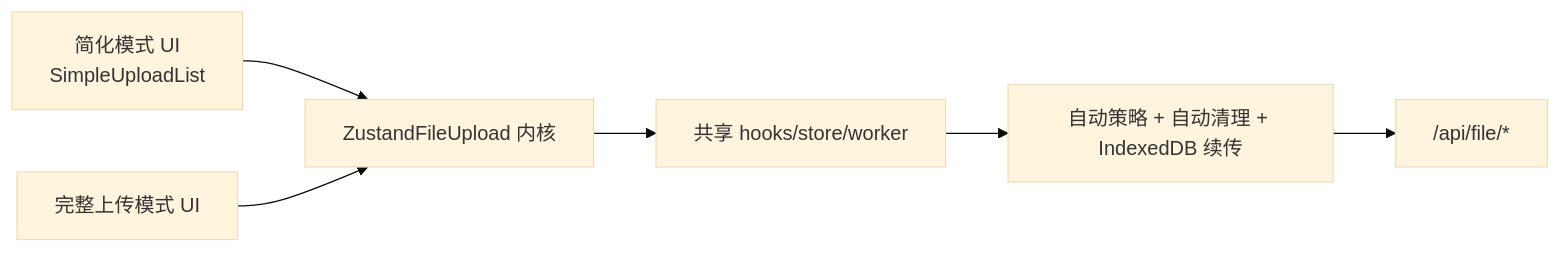
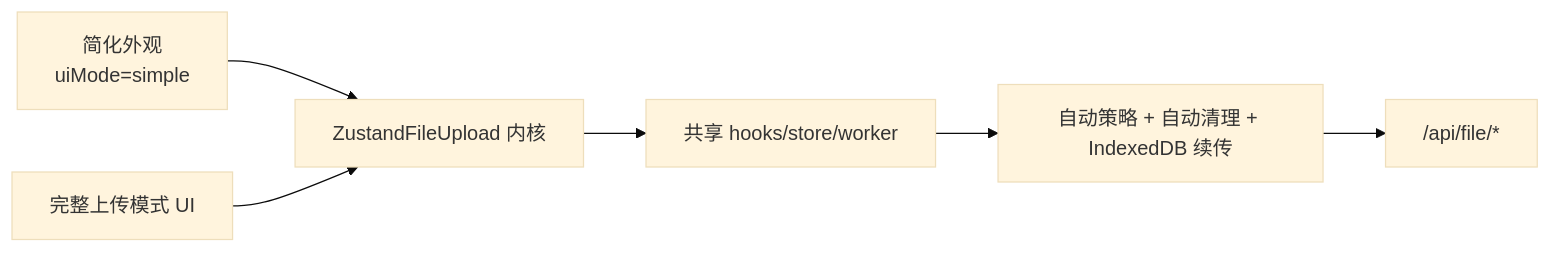
One commit to frankvane/react-upload-indexeddb changed the fifth of 7 diagrams in docs/architecture.md. Above: the diagram before and after it, drawn with Mermaid (base theme). The commit also changed other lines of this file and 15 other files, not shown here.

First line of the commit message:
feat!: 移除 SimpleUploadList / SimpleDownloadList 与 /simple 子路径

````diff
--- a/docs/architecture.md
+++ b/docs/architecture.md
@@ -219,8 +219,8 @@
 ```mermaid
 flowchart LR
-  Simple["简化模式 UI<br/>SimpleUploadList"] --> UploadCore["ZustandFileUpload 内核"]
+  Simple["简化外观<br/>uiMode=simple"] --> UploadCore["ZustandFileUpload 内核"]
   Full["完整上传模式 UI"] --> UploadCore
   UploadCore --> SharedHooks["共享 hooks/store/worker"]
   SharedHooks --> Auto["自动策略 + 自动清理 + IndexedDB 续传"]
   Auto --> API["/api/file/*"]
 ```
````
